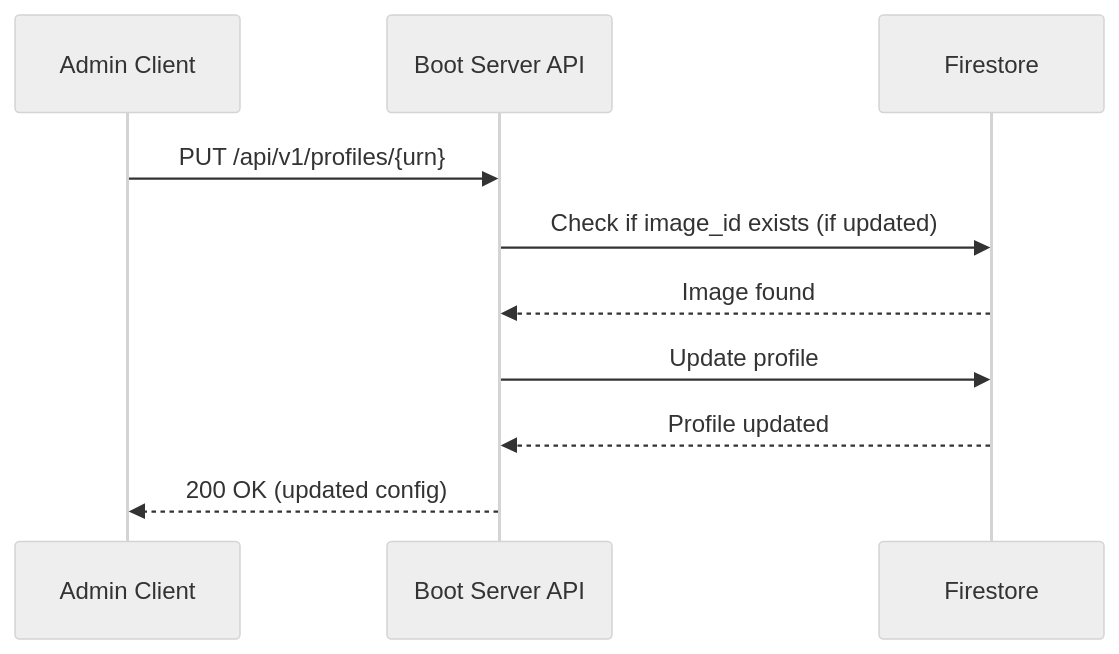
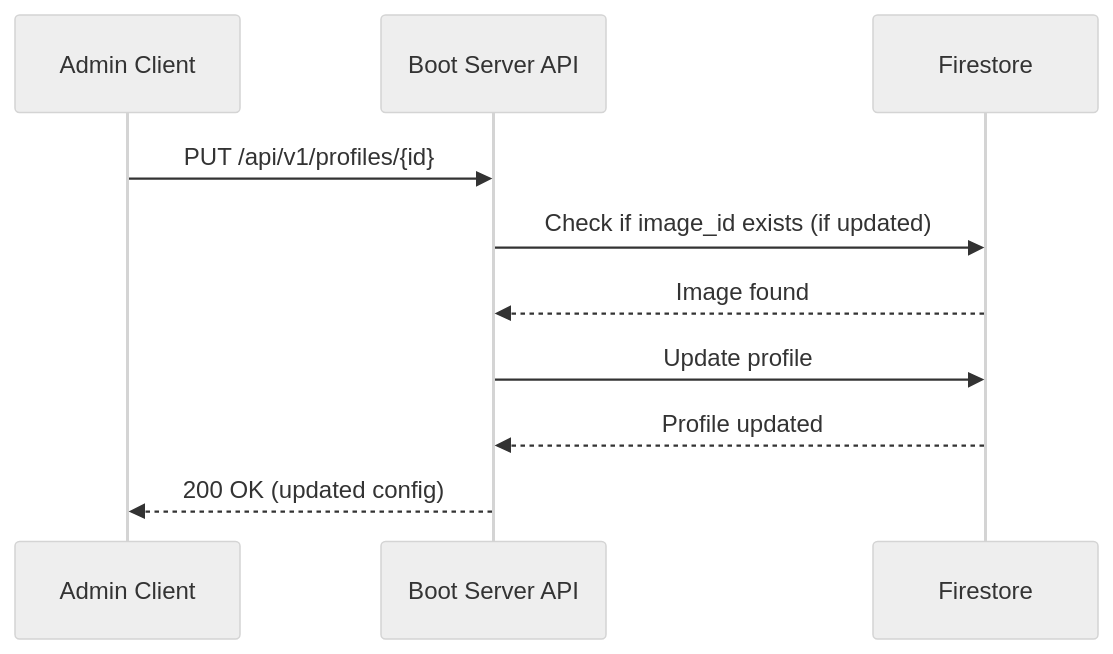
Diagram 13 of 15 in docs/content/r&d/services/boot/admin-api.md (Zaba505/infra), drawn with Mermaid (neutral theme) before and after one commit. The commit also changed other lines of this file and 1 other file, not shown here.

Commit message:
docs(issue-605): update admin api based on resource id adr

````diff
--- a/docs/content/r&d/services/boot/admin-api.md
+++ b/docs/content/r&d/services/boot/admin-api.md
@@ -743,13 +743,13 @@
 ```mermaid
 sequenceDiagram
     participant Client as Admin Client
     participant API as Boot Server API
     participant DB as Firestore
     
-    Client->>API: PUT /api/v1/profiles/{urn}
+    Client->>API: PUT /api/v1/profiles/{id}
     API->>DB: Check if image_id exists (if updated)
     DB-->>API: Image found
     API->>DB: Update profile
     DB-->>API: Profile updated
     API-->>Client: 200 OK (updated config)
 ```
````
